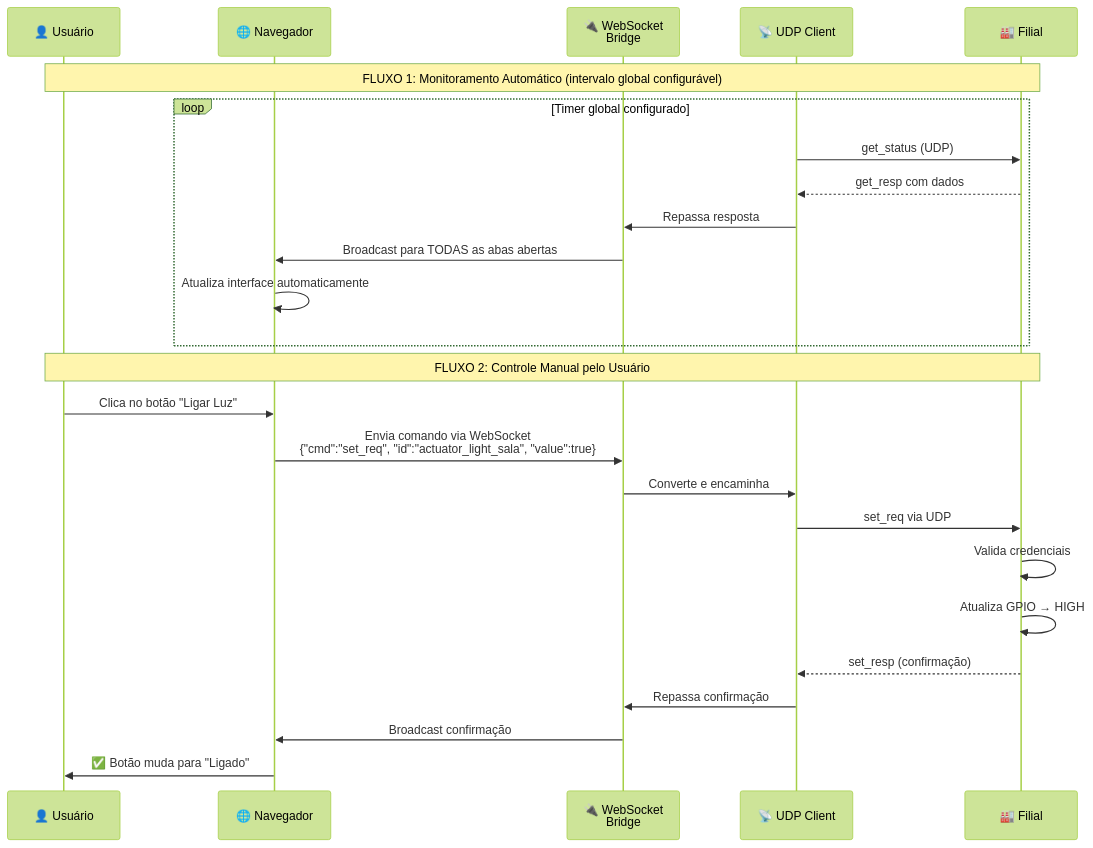
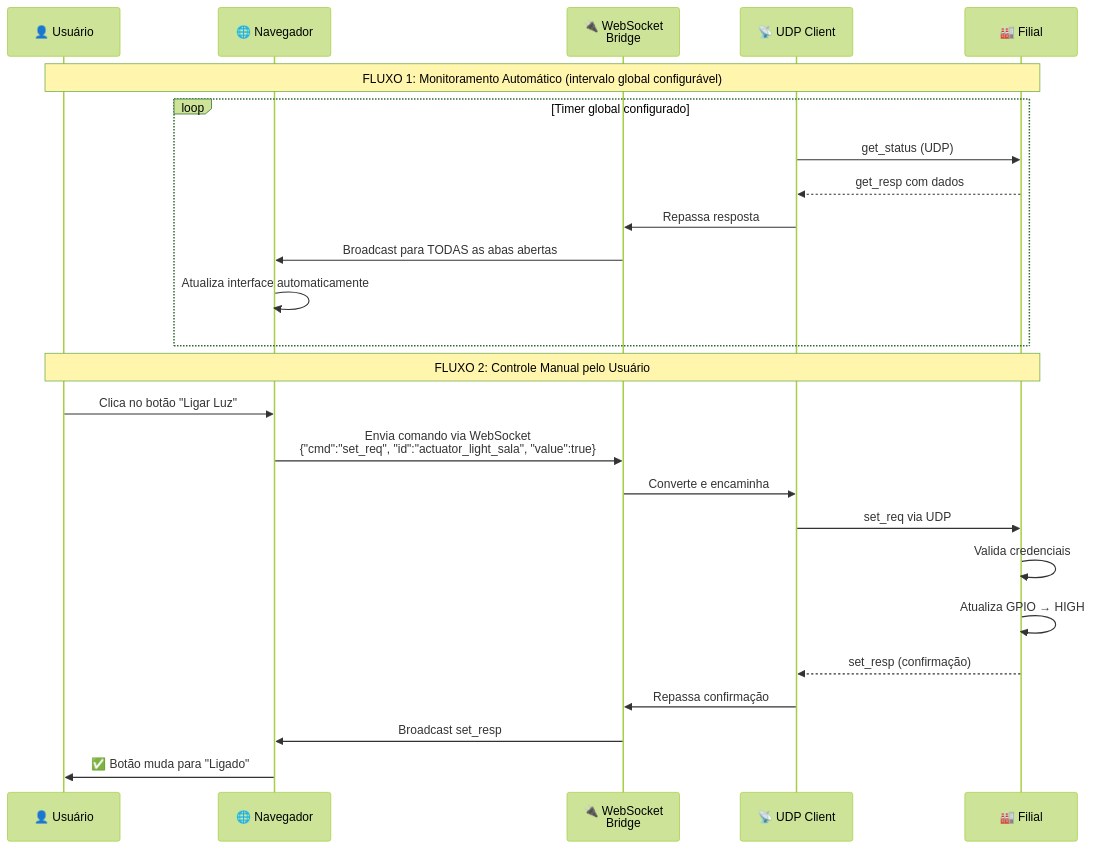
The fourth of 16 diagrams in docs/02-arquitetura.md (gugacarbo/UDP-IOT-Redes-AV3-3), drawn with Mermaid (forest theme) before and after one commit. The commit also changed other lines of this file and 112 other files, not shown here.

````diff
--- a/docs/02-arquitetura.md
+++ b/docs/02-arquitetura.md
@@ -249,31 +250,31 @@
 ```mermaid
 sequenceDiagram
     participant Op as 👤 Usuário
     participant Nav as 🌐 Navegador
     participant WS as 🔌 WebSocket<br/>Bridge
     participant UDP as 📡 UDP Client
     participant Fil as 🏭 Filial
 
     Note over Op,Fil: FLUXO 1: Monitoramento Automático (intervalo global configurável)
 
     loop Timer global configurado
         UDP->>Fil: get_status (UDP)
         Fil-->>UDP: get_resp com dados
         UDP->>WS: Repassa resposta
         WS->>Nav: Broadcast para TODAS as abas abertas
         Nav->>Nav: Atualiza interface automaticamente
     end
 
     Note over Op,Fil: FLUXO 2: Controle Manual pelo Usuário
 
     Op->>Nav: Clica no botão "Ligar Luz"
     Nav->>WS: Envia comando via WebSocket<br/>{"cmd":"set_req", "id":"actuator_light_sala", "value":true}
     WS->>UDP: Converte e encaminha
     UDP->>Fil: set_req via UDP
     Fil->>Fil: Valida credenciais
     Fil->>Fil: Atualiza GPIO → HIGH
     Fil-->>UDP: set_resp (confirmação)
     UDP->>WS: Repassa confirmação
-    WS->>Nav: Broadcast confirmação
+    WS->>Nav: Broadcast set_resp
     Nav->>Op: ✅ Botão muda para "Ligado"
 ```
````
